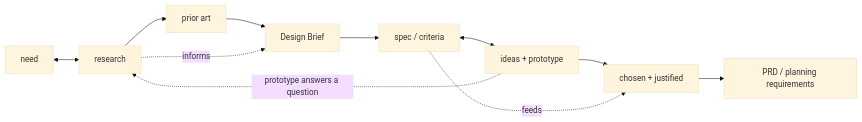
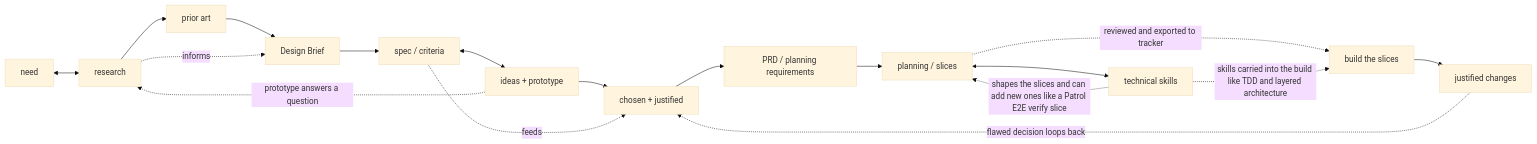
The diagram in SCRATCHPAD.md (kingdomseed/structured-workflow-mcp), drawn with Mermaid (base theme) before and after one commit. The commit also changed other lines of this file and 2 other files, not shown here.

Commit message:
docs: clarify C1<->C2 interleave in creating-solution and update MYP strand diagram

````diff
--- a/SCRATCHPAD.md
+++ b/SCRATCHPAD.md
@@ -47,13 +55,20 @@
 ```mermaid
 flowchart LR
   A1[need] <--> A2[research]
   A2 --> A3[prior art]
   A3 --> A4[Design Brief]
   A2 -.informs.-> A4
   A4 --> B1[spec / criteria]
   B1 <--> B2[ideas + prototype]
   B2 --> B3[chosen + justified]
   B3 --> B4[PRD / planning requirements]
   B1 -.feeds.-> B3
   B2 -.prototype answers a question.-> A2
+  B4 --> C1[planning / slices]
+  C1 <--> C2[technical skills]
+  C2 -.shapes the slices and can add new ones like a Patrol E2E verify slice.-> C1
+  C1 -.reviewed and exported to tracker.-> C3[build the slices]
+  C2 -.skills carried into the build like TDD and layered architecture.-> C3
+  C3 --> C4[justified changes]
+  C4 -.flawed decision loops back.-> B3
 ```
````
